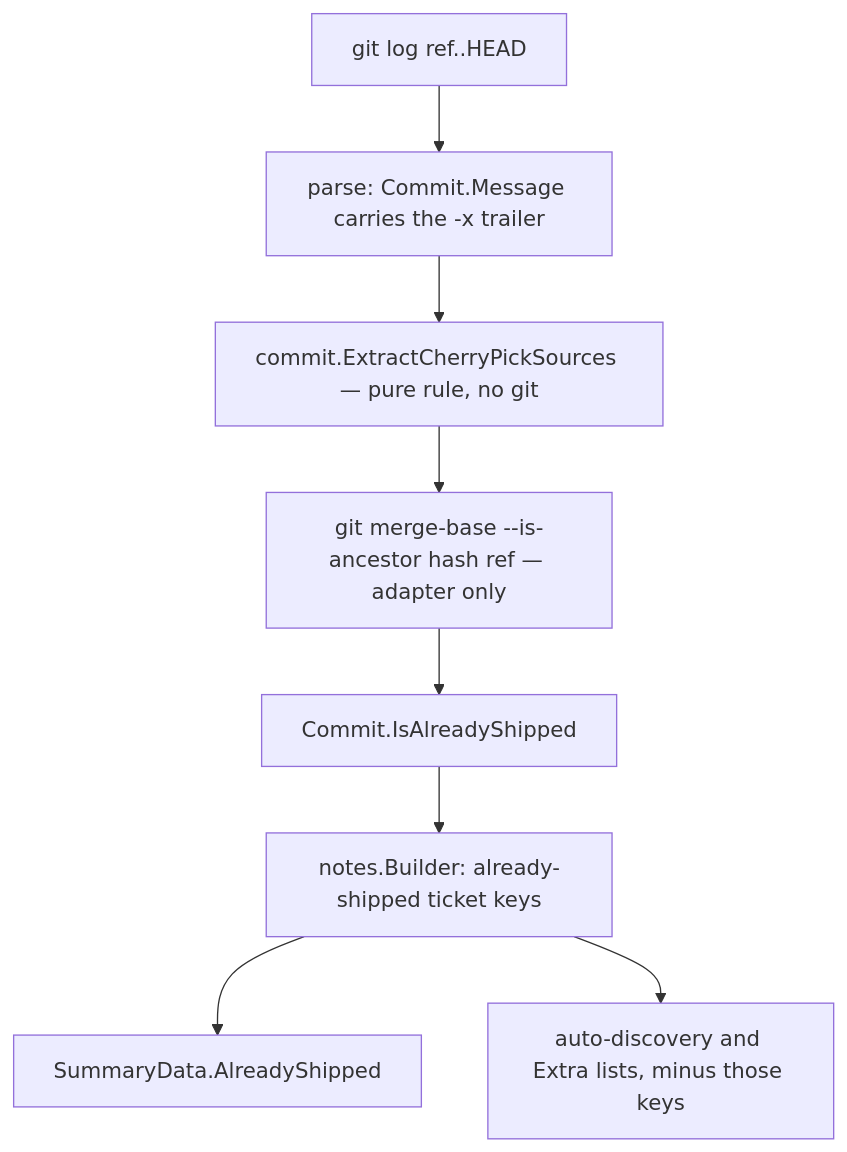
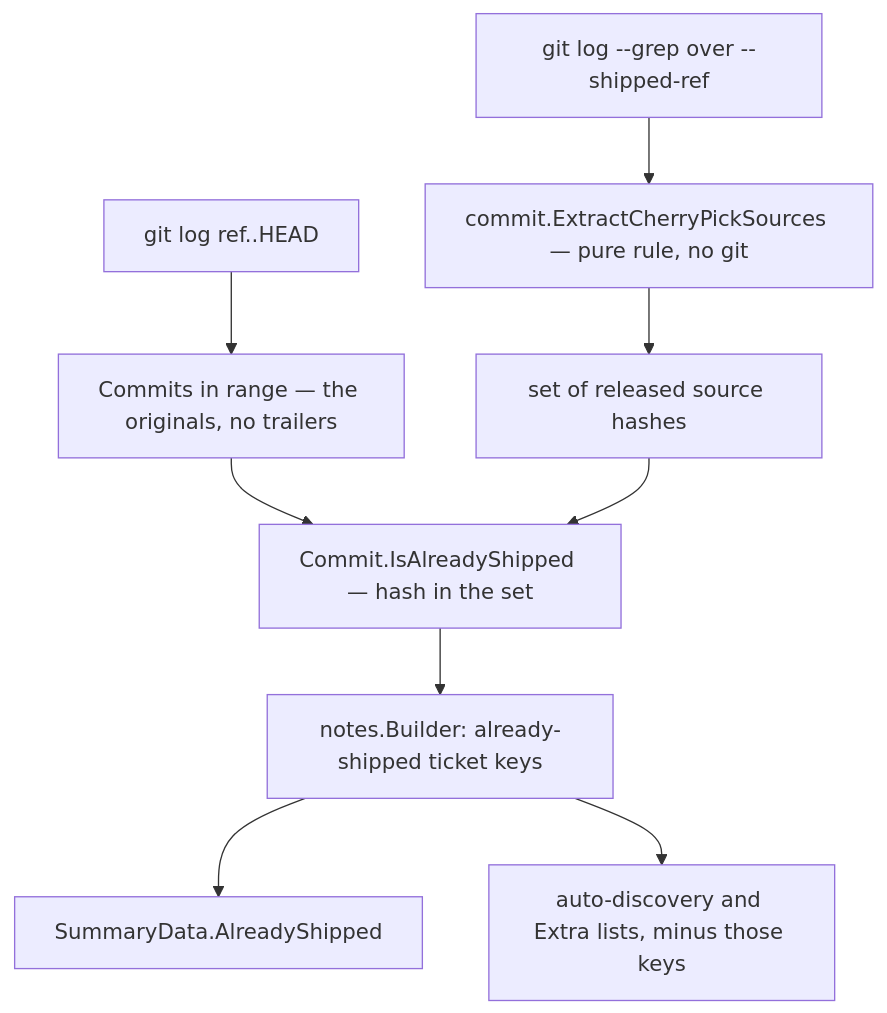
Before and after one commit to alexander-danilenko/shipnotes: the second of 2 diagrams in docs/plans/2026-08-13-001-feat-skip-already-shipped-cherry-picks-plan.md, drawn with Mermaid. The commit also changed other lines of this file and 3 other files, not shown here.

First line of the commit message:
docs: correct the already-shipped gate to the release-branch direction

````diff
--- a/docs/plans/2026-08-13-001-feat-skip-already-shipped-cherry-picks-plan.md
+++ b/docs/plans/2026-08-13-001-feat-skip-already-shipped-cherry-picks-plan.md
@@ -152,10 +150,11 @@
 ```mermaid
 flowchart TB
-  A["git log ref..HEAD"] --> B["parse: Commit.Message carries the -x trailer"]
-  B --> C["commit.ExtractCherryPickSources — pure rule, no git"]
-  C --> D["git merge-base --is-ancestor hash ref — adapter only"]
-  D --> E["Commit.IsAlreadyShipped"]
+  A["git log ref..HEAD"] --> B["Commits in range — the originals, no trailers"]
+  R["git log --grep over --shipped-ref"] --> S["commit.ExtractCherryPickSources — pure rule, no git"]
+  S --> T["set of released source hashes"]
+  B --> E["Commit.IsAlreadyShipped — hash in the set"]
+  T --> E
   E --> F["notes.Builder: already-shipped ticket keys"]
   F --> G["SummaryData.AlreadyShipped"]
   F --> H["auto-discovery and Extra lists, minus those keys"]
 ```
````
